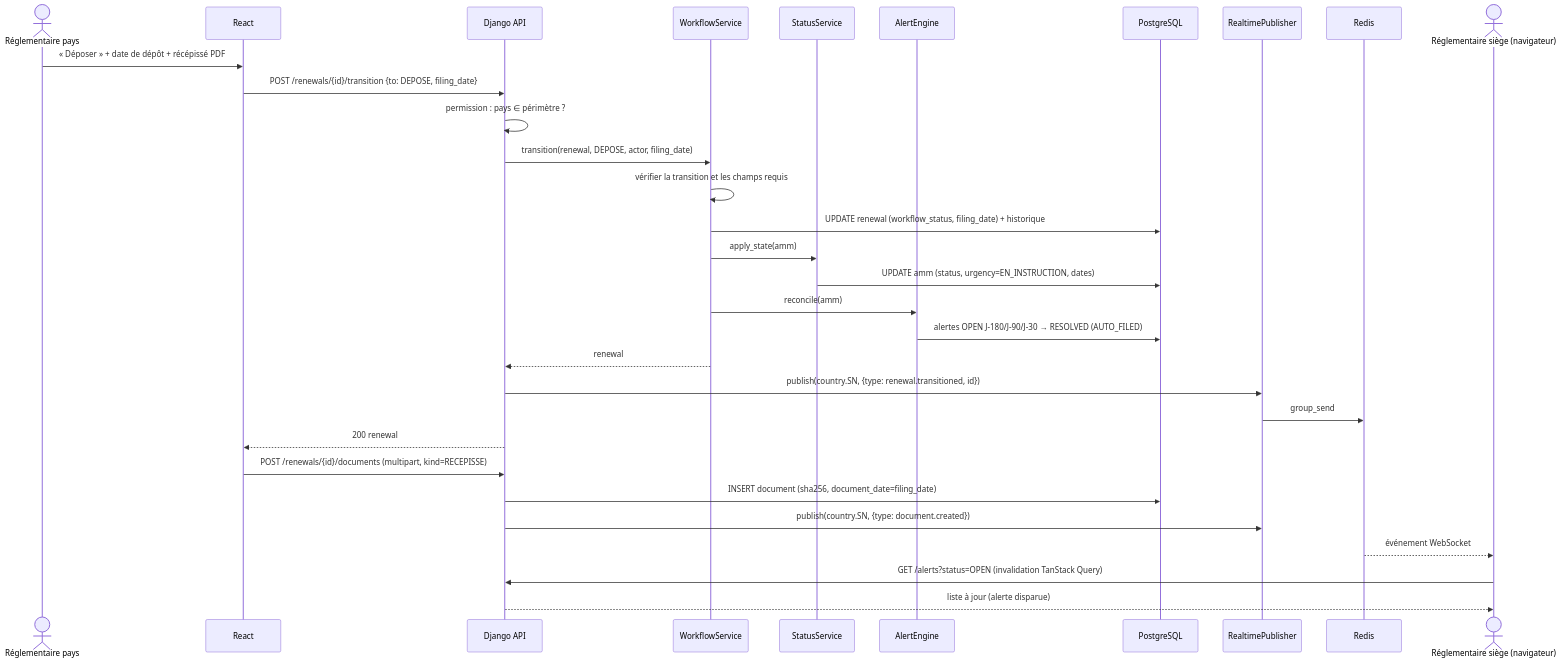
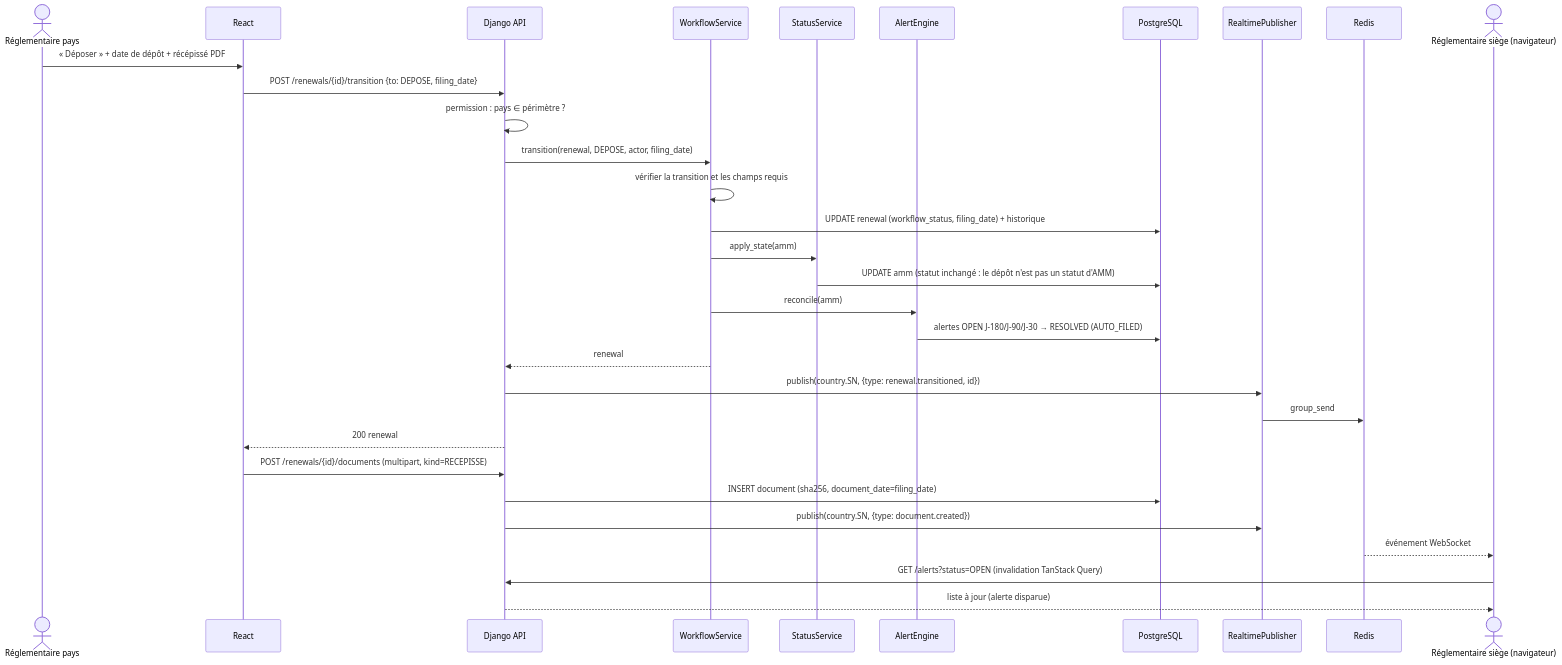
The seventh of 14 diagrams in docs/conception.md (alamine2003/AMM-INNOV), drawn with Mermaid before and after one commit. The commit also changed other lines of this file and 67 other files, not shown here.

````diff
--- a/docs/conception.md
+++ b/docs/conception.md
@@ -491,34 +490,34 @@
 ```mermaid
 sequenceDiagram
     actor RP as Réglementaire pays
     participant UI as React
     participant API as Django API
     participant WF as WorkflowService
     participant ST as StatusService
     participant AE as AlertEngine
     participant DB as PostgreSQL
     participant PUB as RealtimePublisher
     participant R as Redis
     actor RS as Réglementaire siège (navigateur)
 
     RP->>UI: « Déposer » + date de dépôt + récépissé PDF
     UI->>API: POST /renewals/{id}/transition {to: DEPOSE, filing_date}
     API->>API: permission : pays ∈ périmètre ?
     API->>WF: transition(renewal, DEPOSE, actor, filing_date)
     WF->>WF: vérifier la transition et les champs requis
     WF->>DB: UPDATE renewal (workflow_status, filing_date) + historique
     WF->>ST: apply_state(amm)
-    ST->>DB: UPDATE amm (status, urgency=EN_INSTRUCTION, dates)
+    ST->>DB: UPDATE amm (statut inchangé : le dépôt n'est pas un statut d'AMM)
     WF->>AE: reconcile(amm)
     AE->>DB: alertes OPEN J-180/J-90/J-30 → RESOLVED (AUTO_FILED)
     WF-->>API: renewal
     API->>PUB: publish(country.SN, {type: renewal.transitioned, id})
     PUB->>R: group_send
     API-->>UI: 200 renewal
     UI->>API: POST /renewals/{id}/documents (multipart, kind=RECEPISSE)
     API->>DB: INSERT document (sha256, document_date=filing_date)
     API->>PUB: publish(country.SN, {type: document.created})
     R-->>RS: événement WebSocket
     RS->>API: GET /alerts?status=OPEN (invalidation TanStack Query)
     API-->>RS: liste à jour (alerte disparue)
 ```
````
